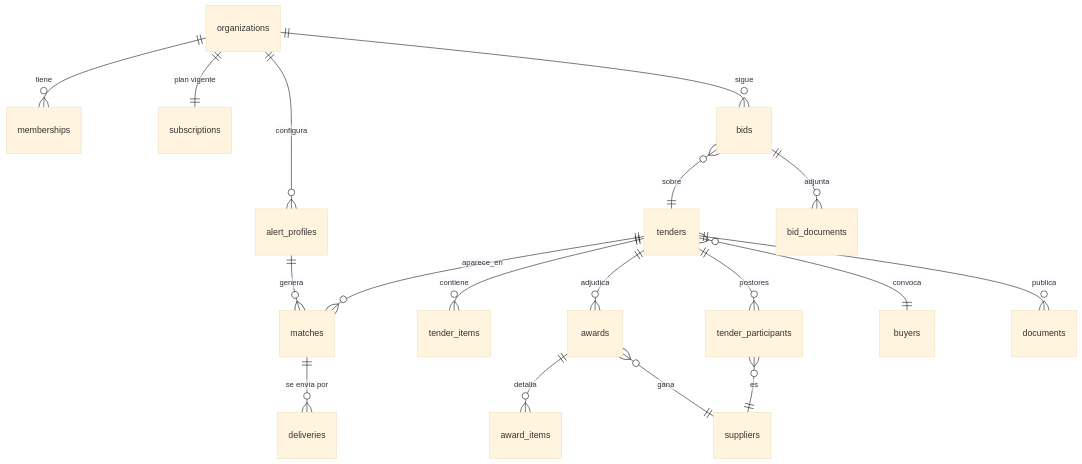
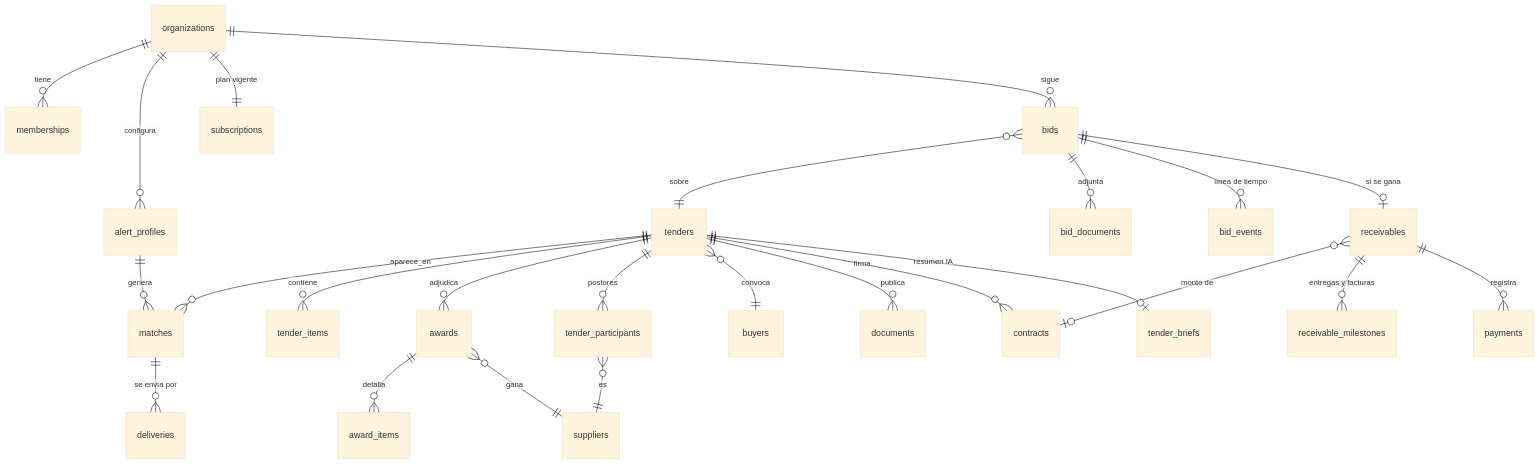
The third of 3 diagrams in docs/ARCHITECTURE.md (FrancoArriaran/licitaciones-app), drawn with Mermaid (base theme) before and after one commit. The commit also changed other lines of this file and 70 other files, not shown here.

````diff
--- a/docs/ARCHITECTURE.md
+++ b/docs/ARCHITECTURE.md
@@ -177,20 +194,27 @@
 ```mermaid
 erDiagram
   organizations ||--o{ memberships : tiene
   organizations ||--o{ alert_profiles : configura
   organizations ||--|| subscriptions : "plan vigente"
   organizations ||--o{ bids : sigue
   alert_profiles ||--o{ matches : genera
   tenders ||--o{ matches : aparece_en
   matches ||--o{ deliveries : "se envía por"
   tenders ||--o{ tender_items : contiene
   tenders ||--o{ awards : adjudica
   awards ||--o{ award_items : detalla
   awards }o--|| suppliers : gana
   tenders ||--o{ tender_participants : "postores"
   tender_participants }o--|| suppliers : es
   tenders }o--|| buyers : convoca
   tenders ||--o{ documents : publica
   bids }o--|| tenders : sobre
   bids ||--o{ bid_documents : adjunta
+  bids ||--o{ bid_events : "línea de tiempo"
+  tenders ||--o{ contracts : firma
+  bids ||--o| receivables : "si se gana"
+  receivables }o--o| contracts : "monto de"
+  receivables ||--o{ receivable_milestones : "entregas y facturas"
+  receivables ||--o{ payments : registra
+  tenders ||--o| tender_briefs : "resumen IA"
 ```
````
